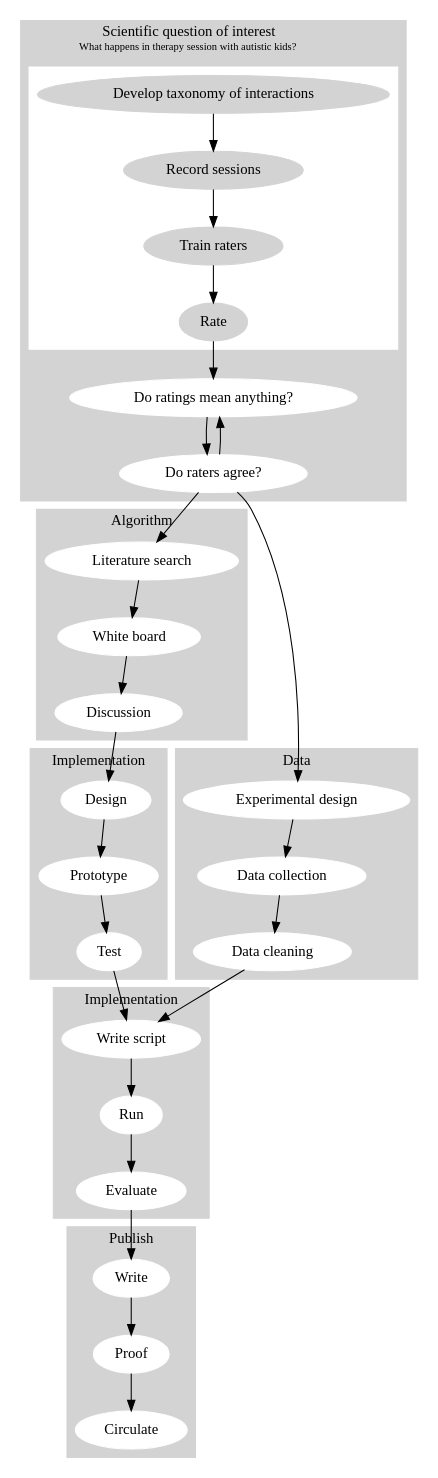
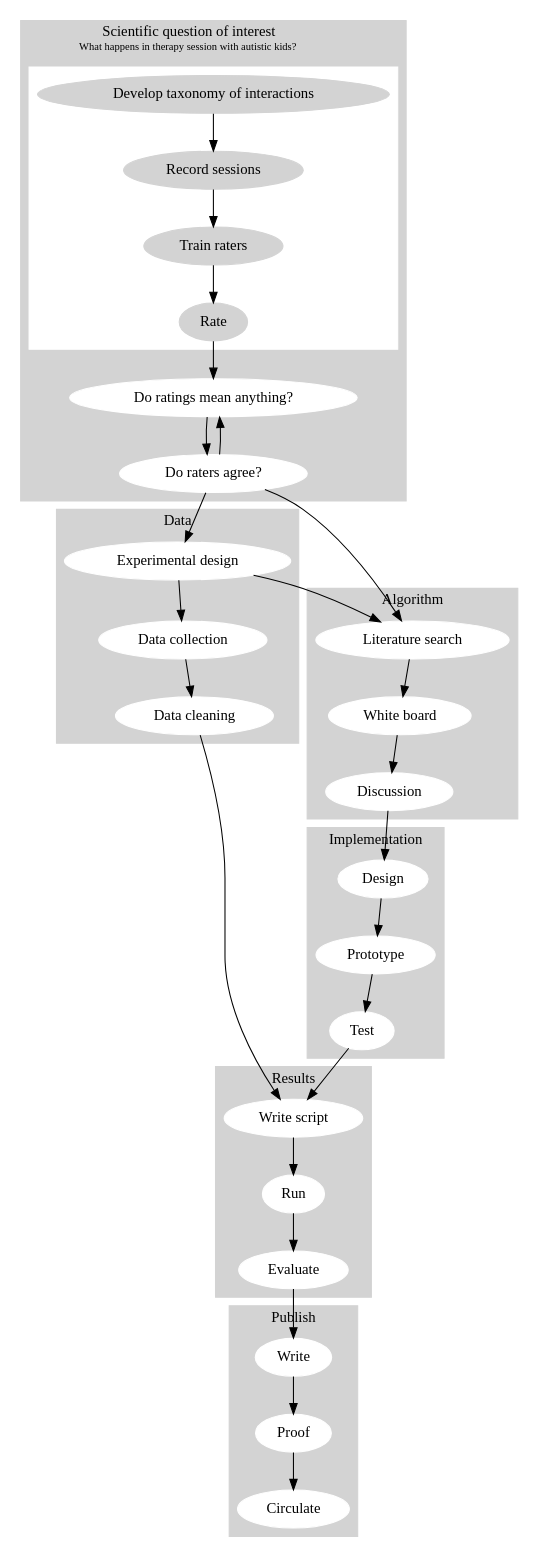
Before and after one commit to BIDS/repro-case-studies: the diagram in case-studies/millmanOttoboniStark.dot, drawn with Graphviz. The commit also changed 1 other file, not shown here.

```diff
--- a/case-studies/millmanOttoboniStark.dot
+++ b/case-studies/millmanOttoboniStark.dot
@@ -1,61 +1,62 @@
 digraph G {
     subgraph cluster0 {
         node [style=filled,color=white];
         style=filled;
         color=lightgrey;
         subgraph clusterA {
           node [style="filled",color=lightgrey];
           style="filled";
           color=white;
           "Develop taxonomy of interactions" -> "Record sessions" -> "Train raters" -> "Rate";
         }
         "Do ratings mean anything?" -> "Do raters agree?";
         "Do raters agree?" -> "Do ratings mean anything?";
         label = <Scientific question of interest<BR />
         <FONT POINT-SIZE="10">What happens in therapy session with autistic kids?
          </FONT>>;
     }
     subgraph cluster1 {
         node [style=filled,color=white];
         style=filled;
         color=lightgrey;
         "Experimental design" -> "Data collection" -> "Data cleaning";
         label = "Data";
     }
     subgraph cluster2 {
         node [style=filled,color=white];
         style=filled;
         color=lightgrey;
         "Literature search" -> "White board" -> "Discussion";
         label = "Algorithm";
     }
     subgraph cluster3 {
         node [style=filled,color=white];
         style=filled;
         color=lightgrey;
         "Design" -> "Prototype" -> "Test";
         label = "Implementation";
     }
     subgraph cluster4 {
         node [style=filled,color=white];
         style=filled;
         color=lightgrey;
         "Write script" -> "Run" -> "Evaluate";
-        label = "Implementation";
+        label = "Results";
     }
     subgraph cluster5 {
         node [style=filled,color=white];
         style=filled;
         color=lightgrey;
         "Write" -> "Proof" -> "Circulate";
         label = "Publish";
     }
 
     "Rate" -> "Do ratings mean anything?";
     "Do raters agree?" -> "Experimental design";
+    "Experimental design" -> "Literature search";
     "Discussion" -> "Design";
     "Do raters agree?" -> "Literature search";
     "Test" -> "Write script";
     "Data cleaning" -> "Write script";
     "Evaluate" -> "Write";
 }
```
